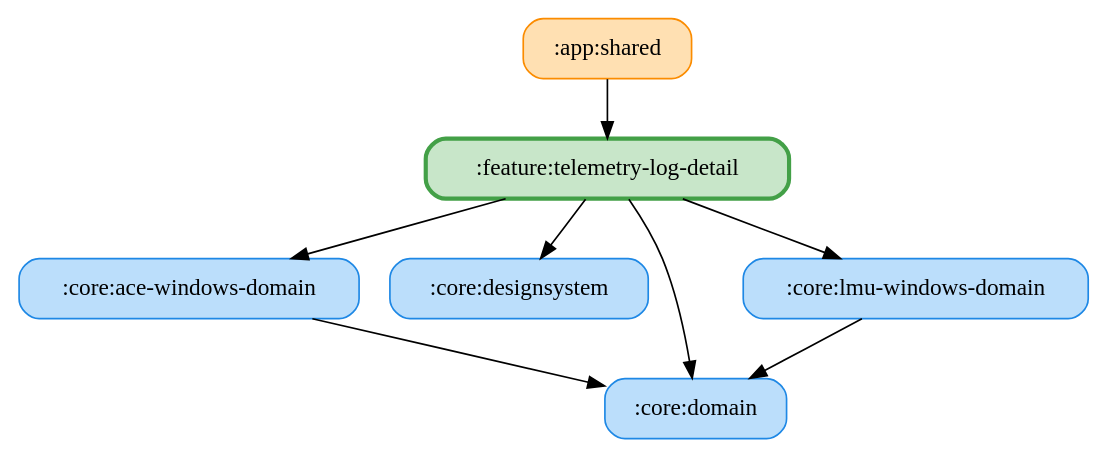
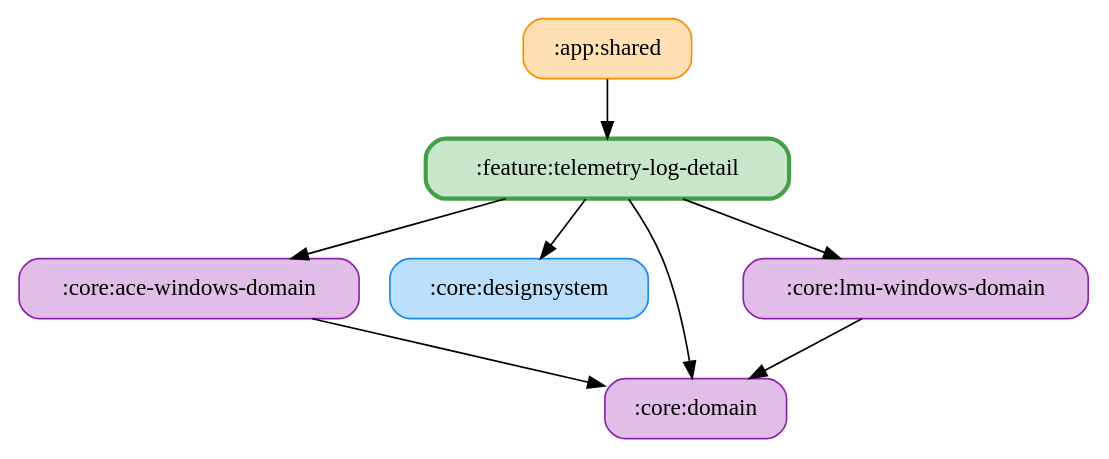
The diagram in docs/graphs/feature-telemetry-log-detail.gv (ai-kurou/KoDriver), drawn with Graphviz before and after one commit. The commit also changed 135 other files, not shown here.

Commit message:
chore: update module graph images

```diff
--- a/docs/graphs/feature-telemetry-log-detail.gv
+++ b/docs/graphs/feature-telemetry-log-detail.gv
@@ -1,17 +1,17 @@
 digraph G {
   rankdir=TB
   node [shape=box, style="rounded,filled"]
   ":app:shared" [fillcolor="#FFE0B2", color="#FB8C00", penwidth=1]
-  ":core:ace-windows-domain" [fillcolor="#BBDEFB", color="#1E88E5", penwidth=1]
+  ":core:ace-windows-domain" [fillcolor="#E1BEE7", color="#8E24AA", penwidth=1]
   ":core:designsystem" [fillcolor="#BBDEFB", color="#1E88E5", penwidth=1]
-  ":core:domain" [fillcolor="#BBDEFB", color="#1E88E5", penwidth=1]
-  ":core:lmu-windows-domain" [fillcolor="#BBDEFB", color="#1E88E5", penwidth=1]
+  ":core:domain" [fillcolor="#E1BEE7", color="#8E24AA", penwidth=1]
+  ":core:lmu-windows-domain" [fillcolor="#E1BEE7", color="#8E24AA", penwidth=1]
   ":feature:telemetry-log-detail" [fillcolor="#C8E6C9", color="#43A047", penwidth=2.5]
   ":app:shared" -> ":feature:telemetry-log-detail"
   ":core:ace-windows-domain" -> ":core:domain"
   ":core:lmu-windows-domain" -> ":core:domain"
   ":feature:telemetry-log-detail" -> ":core:domain"
   ":feature:telemetry-log-detail" -> ":core:designsystem"
   ":feature:telemetry-log-detail" -> ":core:ace-windows-domain"
   ":feature:telemetry-log-detail" -> ":core:lmu-windows-domain"
 }
```
